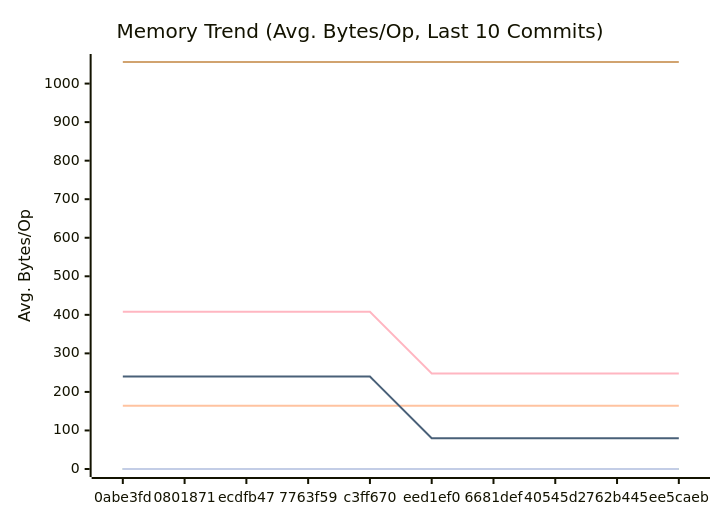
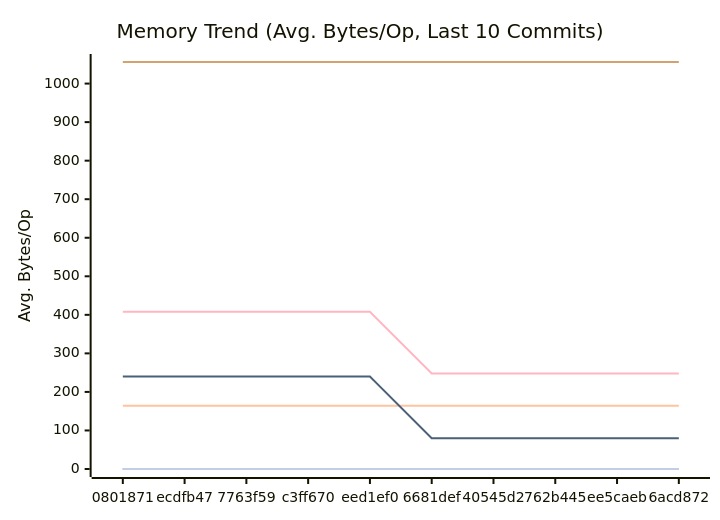
Before and after one commit to alsotoes/momo: the second of 3 diagrams in docs/PERFORMANCE.md, drawn with Mermaid. The commit also changed other lines of this file and 1 other file, not shown here.

````diff
--- a/docs/PERFORMANCE.md
+++ b/docs/PERFORMANCE.md
@@ -97,16 +97,16 @@
 ```mermaid
 xychart-beta
     title "Memory Trend (Avg. Bytes/Op, Last 10 Commits)"
     x-axis "Commit"
     y-axis "Avg. Bytes/Op"
-    x-axis [0abe3fd,0801871,ecdfb47,7763f59,c3ff670,eed1ef0,6681def,40545d2,762b445,ee5caeb]
+    x-axis [0801871,ecdfb47,7763f59,c3ff670,eed1ef0,6681def,40545d2,762b445,ee5caeb,6acd872]
     line "CheckMetricsAndSwap" [0,0,0,0,0,0,0,0,0,0]
     line "CrushOptimized" [0,0,0,0,0,0,0,0,0,0]
     line "CrushOriginal" [164,164,164,164,164,164,164,164,164,164]
     line "IndexDirectTracking" [0,0,0,0,0,0,0,0,0,0]
     line "IndexSearch" [0,0,0,0,0,0,0,0,0,0]
     line "LoadGlobalConfig" [1056,1056,1056,1056,1056,1056,1056,1056,1056,1056]
     line "PadString" [0,0,0,0,0,0,0,0,0,0]
     line "ParseReplicationOrder_NoPrealloc" [408,408,408,408,408,248,248,248,248,248]
     line "ParseReplicationOrder_Prealloc" [240,240,240,240,240,80,80,80,80,80]
 ```
````
